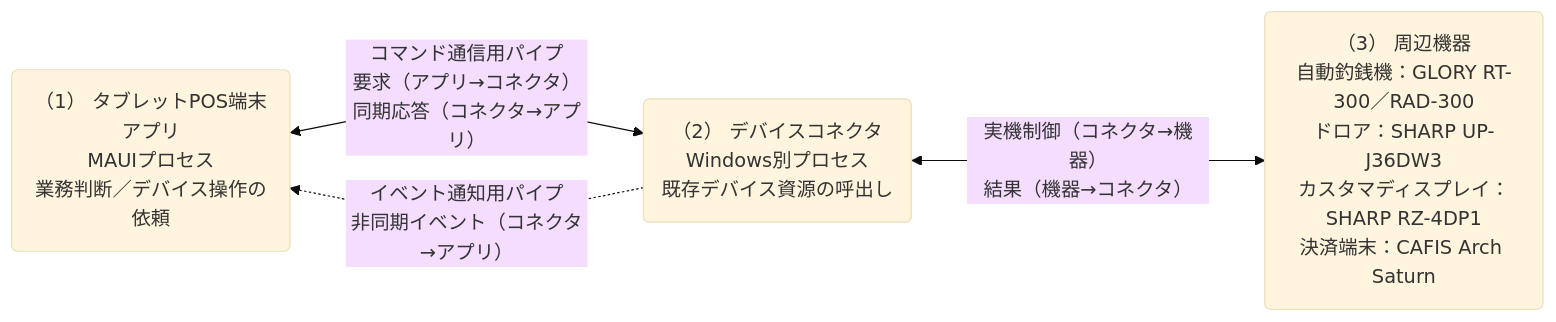
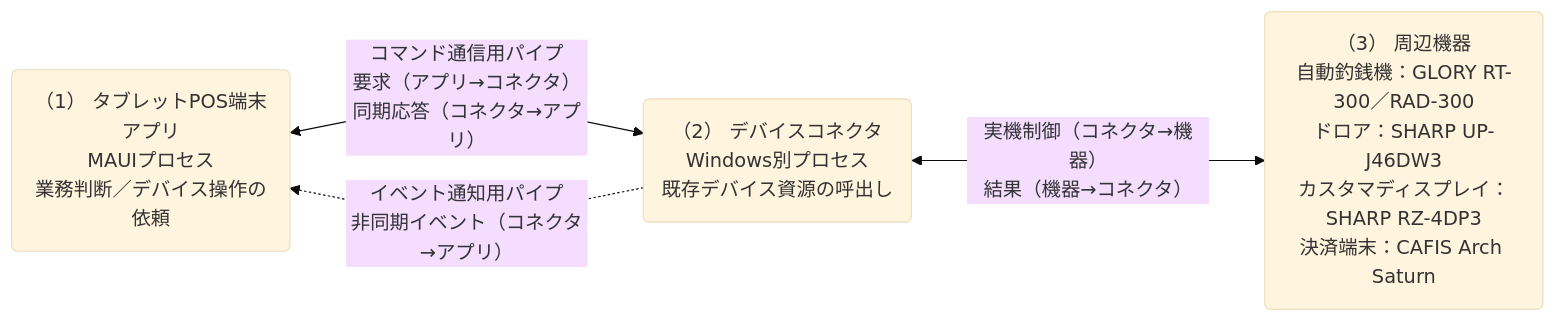
The first of 3 diagrams in artifacts/reports/architecture/ARCH-HOST-01_タブレットPOS_デバイスコネクタ基本設計書/ARCH-HOST-01_タブレットPOS_デバイスコネクタ基本設計書.md (vti-sam/smj-ks-pos-stored), drawn with Mermaid (base theme) before and after one commit. The commit also changed other lines of this file and 20 other files, not shown here.

````diff
--- a/artifacts/reports/architecture/ARCH-HOST-01_タブレットPOS_デバイスコネクタ基本設計書/ARCH-HOST-01_タブレットPOS_デバイスコネクタ基本設計書.md
+++ b/artifacts/reports/architecture/ARCH-HOST-01_タブレットPOS_デバイスコネクタ基本設計書/ARCH-HOST-01_タブレットPOS_デバイスコネクタ基本設計書.md
@@ -235,22 +236,22 @@
 ```mermaid
 %%{init: {"flowchart": {"defaultRenderer": "dagre", "curve": "linear", "nodeSpacing": 54, "rankSpacing": 92}}}%%
 flowchart LR
     %% legend-bind class.app=（1）タブレットPOS端末アプリ
     %% legend-bind class.host=（2）デバイスコネクタ
     %% legend-bind class.device=（3）周辺機器
     %% legend-bind edge.default=◀━━▶ コマンド通信
     %% legend-bind edge.1=┄┄▶ 非同期イベント
     %% legend-bind edge.2=◀━━▶ 実機制御
     %% legend-bind label=コネクターラベル
     APP("（1） タブレットPOS端末アプリ<br/>MAUIプロセス<br/>業務判断／デバイス操作の依頼")
     HOST("（2） デバイスコネクタ<br/>Windows別プロセス<br/>既存デバイス資源の呼出し")
-    DEVICE("（3） 周辺機器<br/>自動釣銭機：GLORY RT-300／RAD-300<br/>ドロア：SHARP UP-J36DW3<br/>カスタマディスプレイ：SHARP RZ-4DP1<br/>決済端末：CAFIS Arch Saturn")
+    DEVICE("（3） 周辺機器<br/>自動釣銭機：GLORY RT-300／RAD-300<br/>ドロア：SHARP UP-J46DW3<br/>カスタマディスプレイ：SHARP RZ-4DP3<br/>決済端末：CAFIS Arch Saturn")
 
     APP <-->|コマンド通信用パイプ<br/>要求（アプリ→コネクタ）<br/>同期応答（コネクタ→アプリ）| HOST
     HOST -.->|イベント通知用パイプ<br/>非同期イベント（コネクタ→アプリ）| APP
     HOST <-->|実機制御（コネクタ→機器）<br/>結果（機器→コネクタ）| DEVICE
 
     class APP app
     class HOST host
     class DEVICE device
 ```
````
